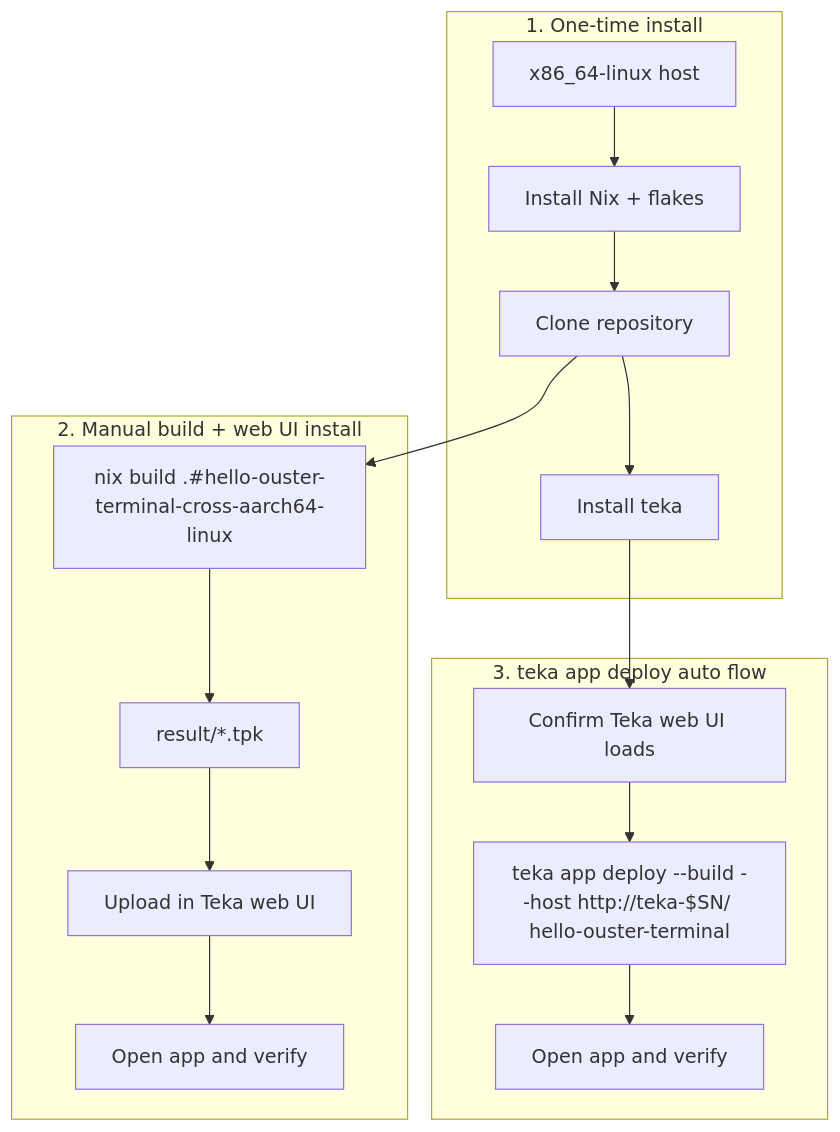
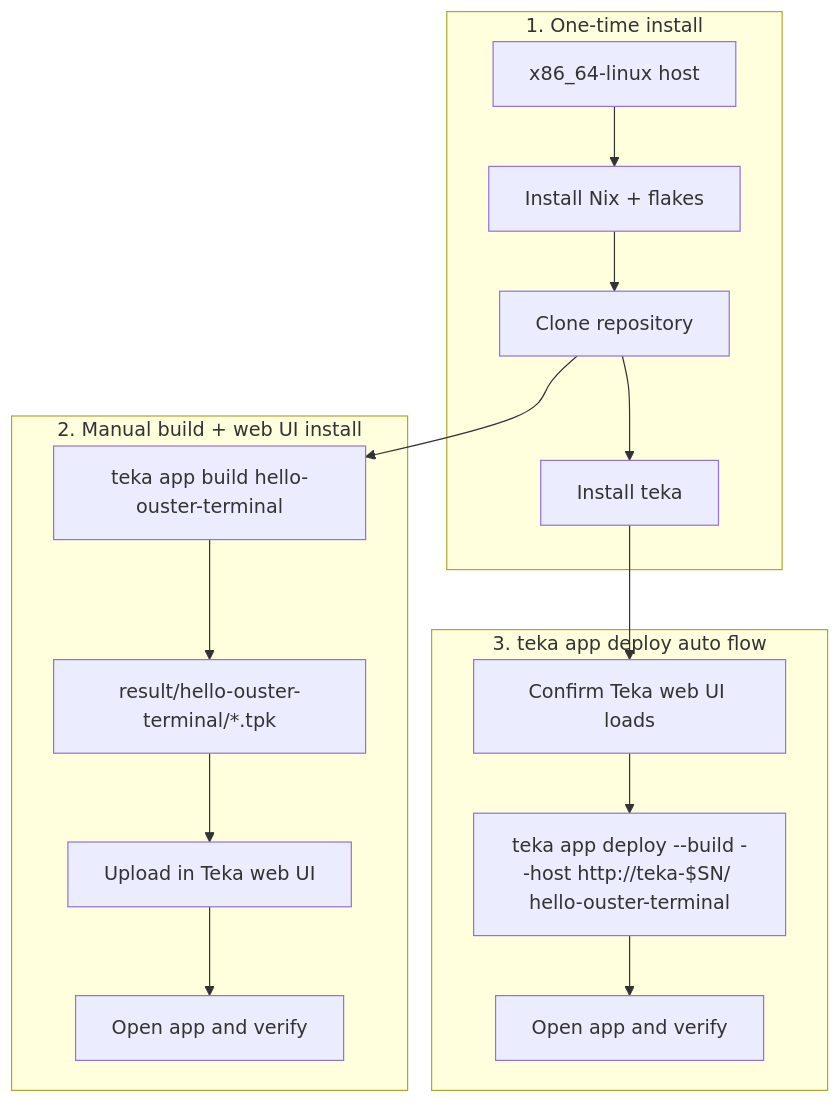
One commit to ouster-lidar/teka-sdk changed the diagram in docs/developer-guide.md. Above: the diagram before and after it, drawn with Mermaid. The commit also changed other lines of this file and 20 other files, not shown here.

First line of the commit message:
docs: Document the unified workspace and root app build workflow

````diff
--- a/docs/developer-guide.md
+++ b/docs/developer-guide.md
@@ -7,28 +7,28 @@
 ```mermaid
 flowchart TD
     subgraph setup [1. One-time install]
         A[x86_64-linux host]
         B[Install Nix + flakes]
         C[Clone repository]
         K[Install teka]
         A --> B --> C --> K
     end
 
     subgraph manual [2. Manual build + web UI install]
-        D[nix build .#hello-ouster-terminal-cross-aarch64-linux]
-        E[result/*.tpk]
+        D[teka app build hello-ouster-terminal]
+        E[result/hello-ouster-terminal/*.tpk]
         F[Upload in Teka web UI]
         G[Open app and verify]
         D --> E --> F --> G
     end
 
     subgraph auto [3. teka app deploy auto flow]
         H[Confirm Teka web UI loads]
         I[teka app deploy --build --host http://teka-$SN/ hello-ouster-terminal]
         J[Open app and verify]
         H --> I --> J
     end
 
     C --> D
     K --> H
 ```
````
